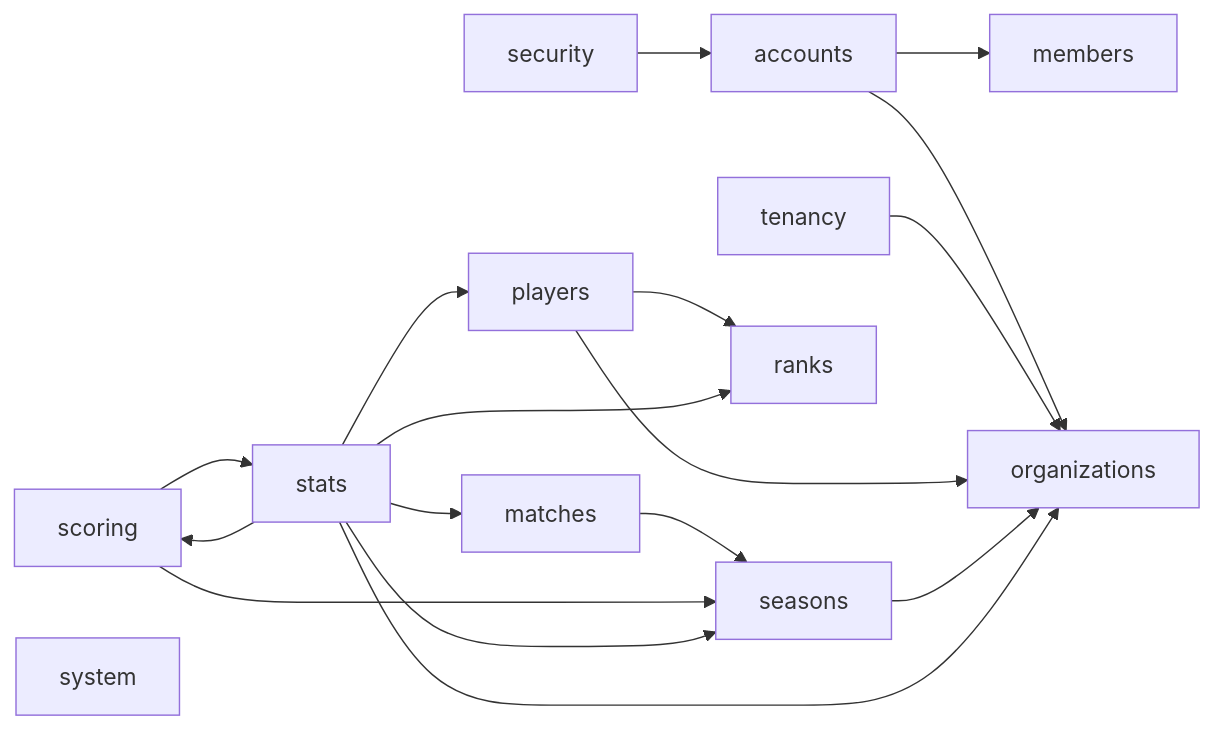
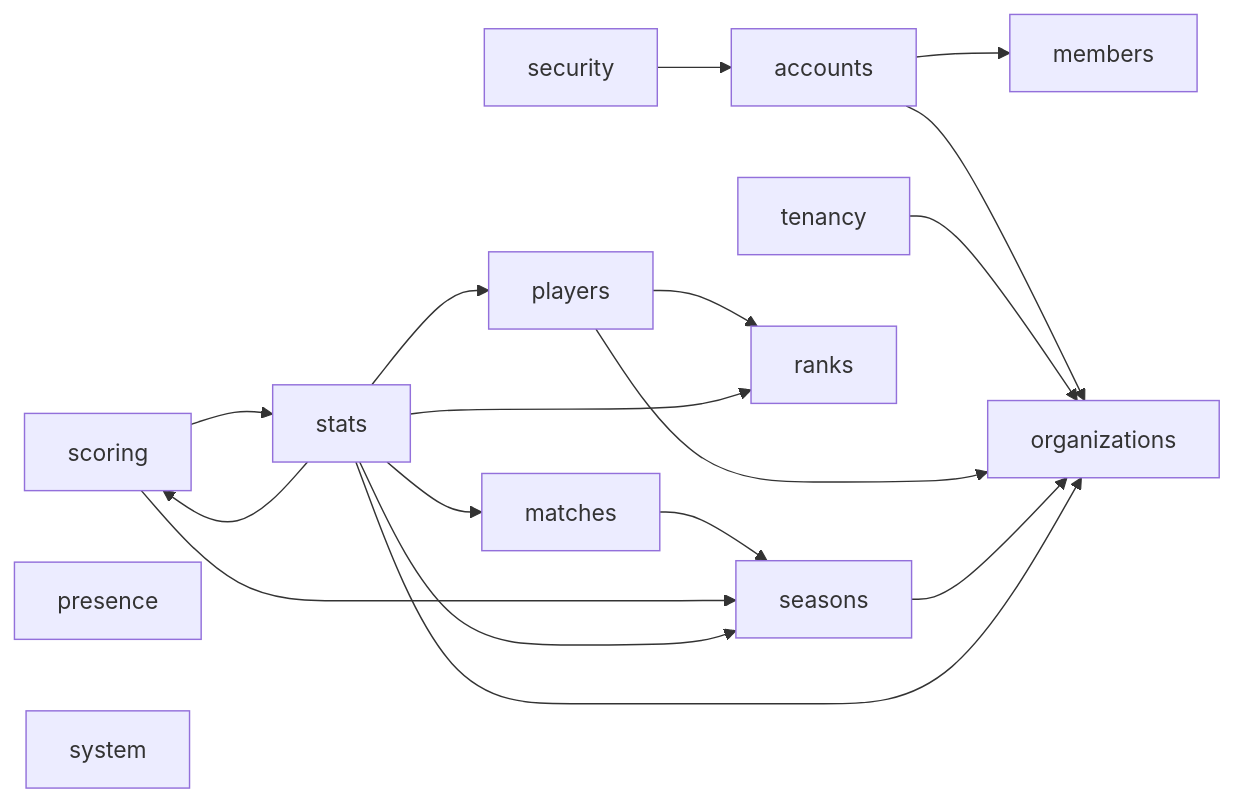
One commit to irmahs-labs/tournament-leaderboard changed the third of 7 diagrams in docs/context-graph.md. Above: the diagram before and after it, drawn with Mermaid. The commit also changed other lines of this file and 14 other files, not shown here.

````diff
--- a/docs/context-graph.md
+++ b/docs/context-graph.md
@@ -41,20 +41,21 @@
 ```mermaid
 flowchart LR
     security --> accounts
     accounts --> members
     accounts --> organizations
     tenancy --> organizations
     players --> organizations
     players --> ranks
     seasons --> organizations
     matches --> seasons
     scoring --> seasons
     scoring --> stats
     stats --> matches
     stats --> organizations
     stats --> players
     stats --> ranks
     stats --> scoring
     stats --> seasons
+    presence
     system
 ```
````
